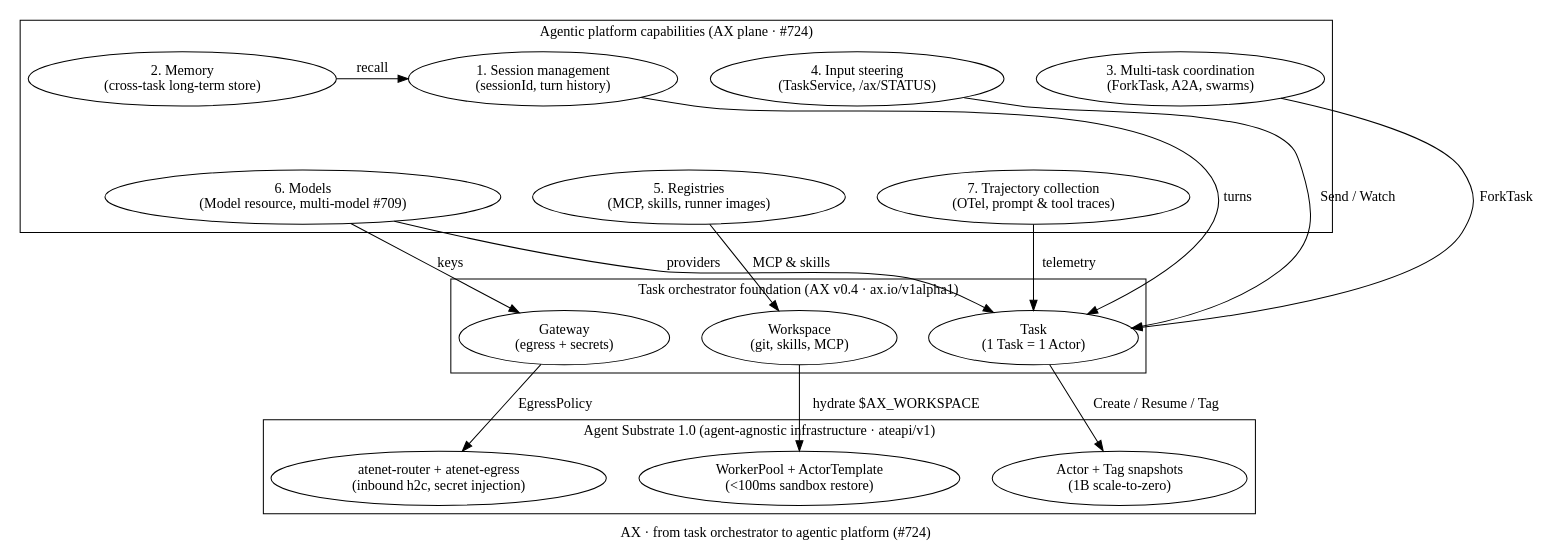
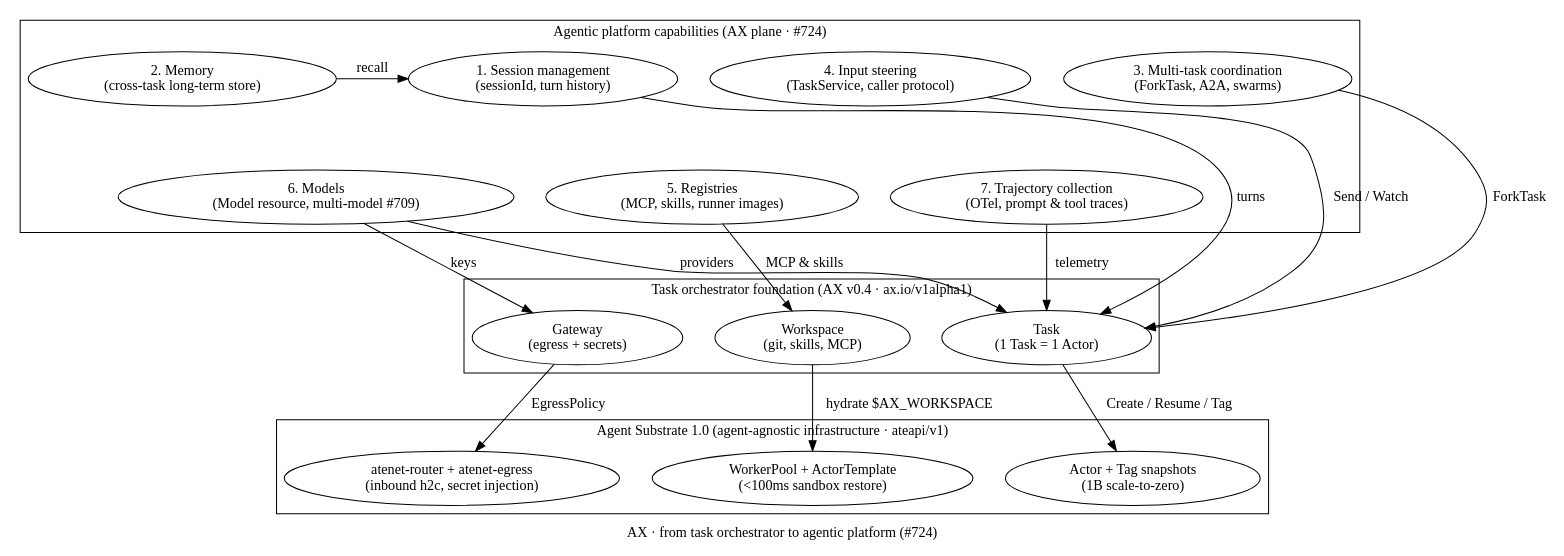
The diagram in concepts/diagrams/05-agentic-platform-evolution.dot (ghchinoy/ax-experiments), drawn with Graphviz before and after one commit. The commit also changed 10 other files, not shown here.

First line of the commit message:
docs(concepts): align lifecycle, docs & diagrams to #731/#730/#700/#734 and #690/#743 (ax-experiments-n8y)

```diff
--- a/concepts/diagrams/05-agentic-platform-evolution.dot
+++ b/concepts/diagrams/05-agentic-platform-evolution.dot
@@ -1,58 +1,58 @@
 // AX evolution: from task orchestrator over Agent Substrate 1.0
 // to a 7-pillar agentic platform (google/ax#724, docs/roadmap.md).
 digraph ax_platform_evolution {
   label = "AX · from task orchestrator to agentic platform (#724)";
   ranksep = 0.85;
   nodesep = 0.45;
 
   subgraph cluster_platform {
     label = "Agentic platform capabilities (AX plane · #724)";
     class = "accent";
 
     // Row 1: continuity & control
     sessions  [label="1. Session management\n(sessionId, turn history)", class="primary code"];
     memory    [label="2. Memory\n(cross-task long-term store)", class="cat-teal"];
-    steering  [label="4. Input steering\n(TaskService, /ax/STATUS)", class="emphasis code"];
+    steering  [label="4. Input steering\n(TaskService, caller protocol)", class="emphasis code"];
     multitask [label="3. Multi-task coordination\n(ForkTask, A2A, swarms)", class="primary"];
 
     // Row 2: governance, models & observability
     models       [label="6. Models\n(Model resource, multi-model #709)", class="code"];
     registries   [label="5. Registries\n(MCP, skills, runner images)", class="code"];
     trajectories [label="7. Trajectory collection\n(OTel, prompt & tool traces)", class="positive"];
 
     // Keep the 7 pillars in a crisp 4-over-3 grid inside the platform cluster.
     memory -> sessions [label="recall", class="async", constraint=false];
     sessions  -> models       [style=invis];
     steering  -> registries   [style=invis];
     multitask -> trajectories [style=invis];
   }
 
   subgraph cluster_core {
     label = "Task orchestrator foundation (AX v0.4 · ax.io/v1alpha1)";
     class = "accent";
     task      [label="Task\n(1 Task = 1 Actor)", class="emphasis code"];
     workspace [label="Workspace\n(git, skills, MCP)", class="code"];
     gateway   [label="Gateway\n(egress + secrets)", class="code"];
   }
 
   subgraph cluster_sub {
     label = "Agent Substrate 1.0 (agent-agnostic infrastructure · ateapi/v1)";
     actors     [label="Actor + Tag snapshots\n(1B scale-to-zero)", class="store"];
     workerpool [label="WorkerPool + ActorTemplate\n(<100ms sandbox restore)", class="muted"];
     netedge    [label="atenet-router + atenet-egress\n(inbound h2c, secret injection)", class="muted code"];
   }
 
   // Platform -> Core
   sessions     -> task      [label="turns"];
   steering     -> task      [label="Send / Watch", class="primary"];
   multitask    -> task      [label="ForkTask", class="primary"];
   models       -> task      [label="providers"];
   models       -> gateway   [label="keys", class="positive"];
   registries   -> workspace [label="MCP & skills"];
   trajectories -> task      [label="telemetry", class="positive"];
 
   // Core -> Substrate
   task      -> actors     [label="Create / Resume / Tag", class="primary code"];
   workspace -> workerpool [label="hydrate $AX_WORKSPACE"];
   gateway   -> netedge    [label="EgressPolicy"];
 }
```
